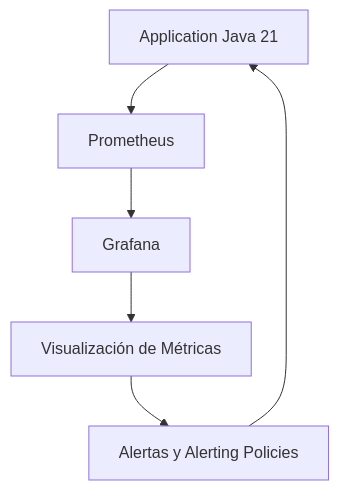
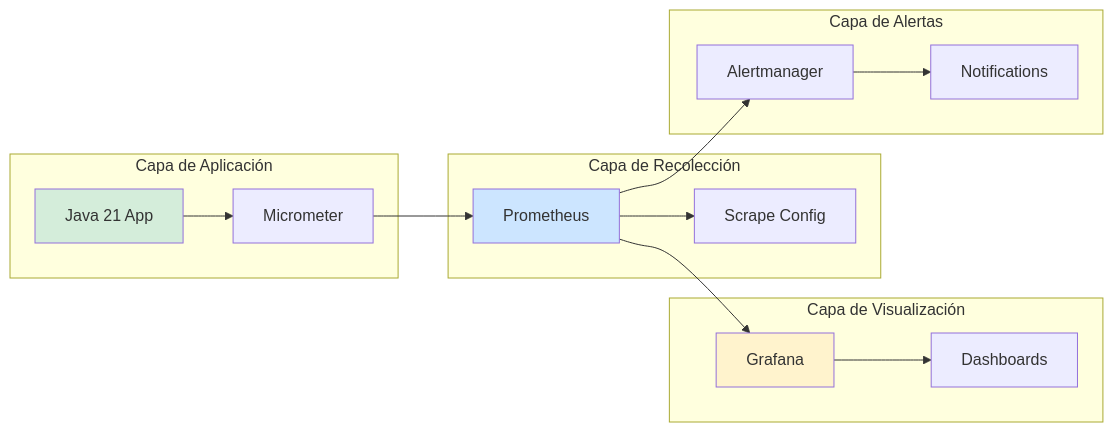
One commit to Joaquinriosheredia/DAM-Java-Mastery changed the second of 3 diagrams in _Review/observabilidad_con_prometheus_y_grafana/observabilidad_con_prometheus_y_grafana.md. Above: the diagram before and after it, drawn with Mermaid. The commit also changed other lines of this file, not shown here.

Commit message:
observabilidad_con_prometheus_y_grafana.md

````diff
--- a/_Review/observabilidad_con_prometheus_y_grafana/observabilidad_con_prometheus_y_grafana.md
+++ b/_Review/observabilidad_con_prometheus_y_grafana/observabilidad_con_prometheus_y_grafana.md
@@ -547,8 +154,34 @@
 ```mermaid
-graph TD
-A[Application Java 21] --> B[Prometheus]
-B --> C[Grafana]
-C --> D[Visualización de Métricas]
-D --> E[Alertas y Alerting Policies]
-E --> A
+graph LR
+    subgraph "Capa de Aplicación"
+        APP[Java 21 App]
+        MIC[Micrometer]
+    end
+    
+    subgraph "Capa de Recolección"
+        PROM[Prometheus]
+        SCRAPE[Scrape Config]
+    end
+    
+    subgraph "Capa de Visualización"
+        GRAF[Grafana]
+        DASH[Dashboards]
+    end
+    
+    subgraph "Capa de Alertas"
+        ALERT[Alertmanager]
+        NOTIFY[Notifications]
+    end
+    
+    APP --> MIC
+    MIC --> PROM
+    PROM --> SCRAPE
+    PROM --> GRAF
+    GRAF --> DASH
+    PROM --> ALERT
+    ALERT --> NOTIFY
+    
+    style APP fill:#d4edda
+    style PROM fill:#cce5ff
+    style GRAF fill:#fff3cd
 ```
````
